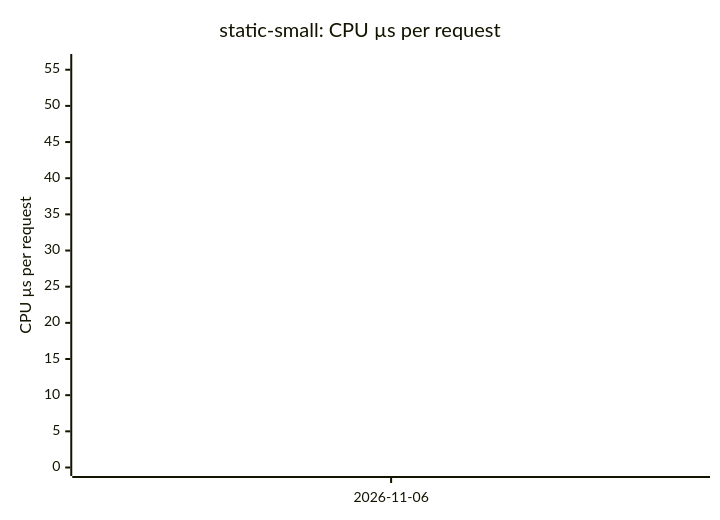
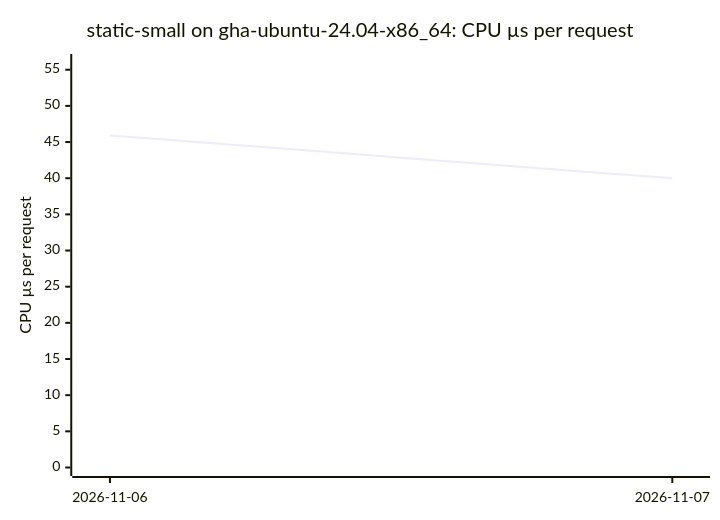
Before and after one commit to ThePixelPilgrim/durchlauferhitzer: the first of 14 diagrams in BENCHMARKS.md, drawn with Mermaid. The commit also changed other lines of this file and 1 other file, not shown here.

````diff
--- a/BENCHMARKS.md
+++ b/BENCHMARKS.md
@@ -23,7 +24,7 @@
 ```mermaid
 xychart-beta
-  title "static-small: CPU µs per request"
-  x-axis ["2026-11-06"]
+  title "static-small on gha-ubuntu-24.04-x86_64: CPU µs per request"
+  x-axis ["2026-11-06", "2026-11-07"]
   y-axis "CPU µs per request" 0 --> 56
-  line [45.92]
+  line [45.92, 39.98]
 ```
````
